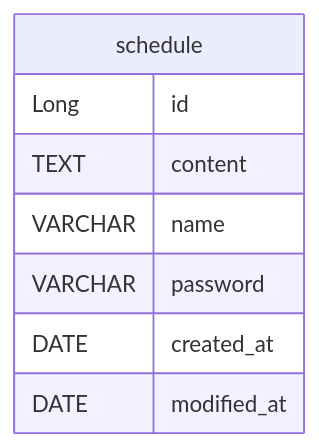
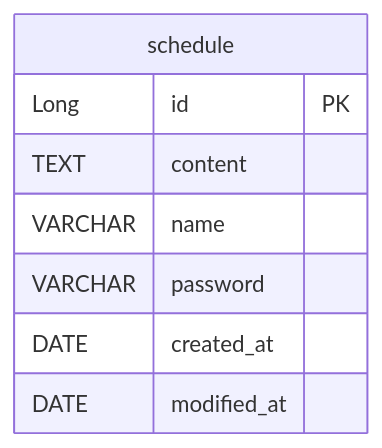
The second of 2 diagrams in README.md (doorcs/java-schedule-project), drawn with Mermaid before and after one commit. The commit also changed other lines of this file and 1 other file, not shown here.

Commit message:
docs: api 명세 및 erd 수정

````diff
--- a/README.md
+++ b/README.md
@@ -13,13 +84,13 @@
 ```mermaid
 erDiagram
     schedule {
-        Long id
+        Long id PK
         TEXT content
         VARCHAR name
         VARCHAR password
-        %% 암호를 평문으로 저장하는게 정말 너무 거슬린다....
+    %% 암호를 평문으로 저장하는게 정말 너무 거슬린다....
         DATE created_at
         DATE modified_at
-        %% 요구사항이 YYYY-MM-DD 형식이므로 DATE 사용
+    %% 요구사항이 YYYY-MM-DD 형식이므로 DATE 사용
     }
 ```
````
